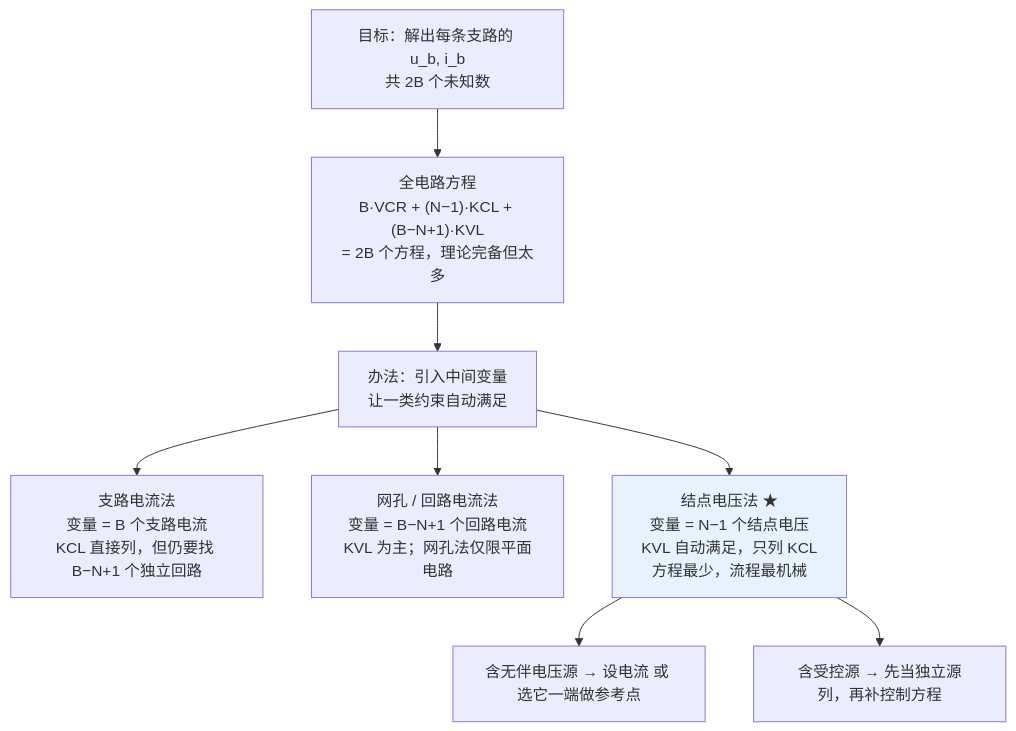
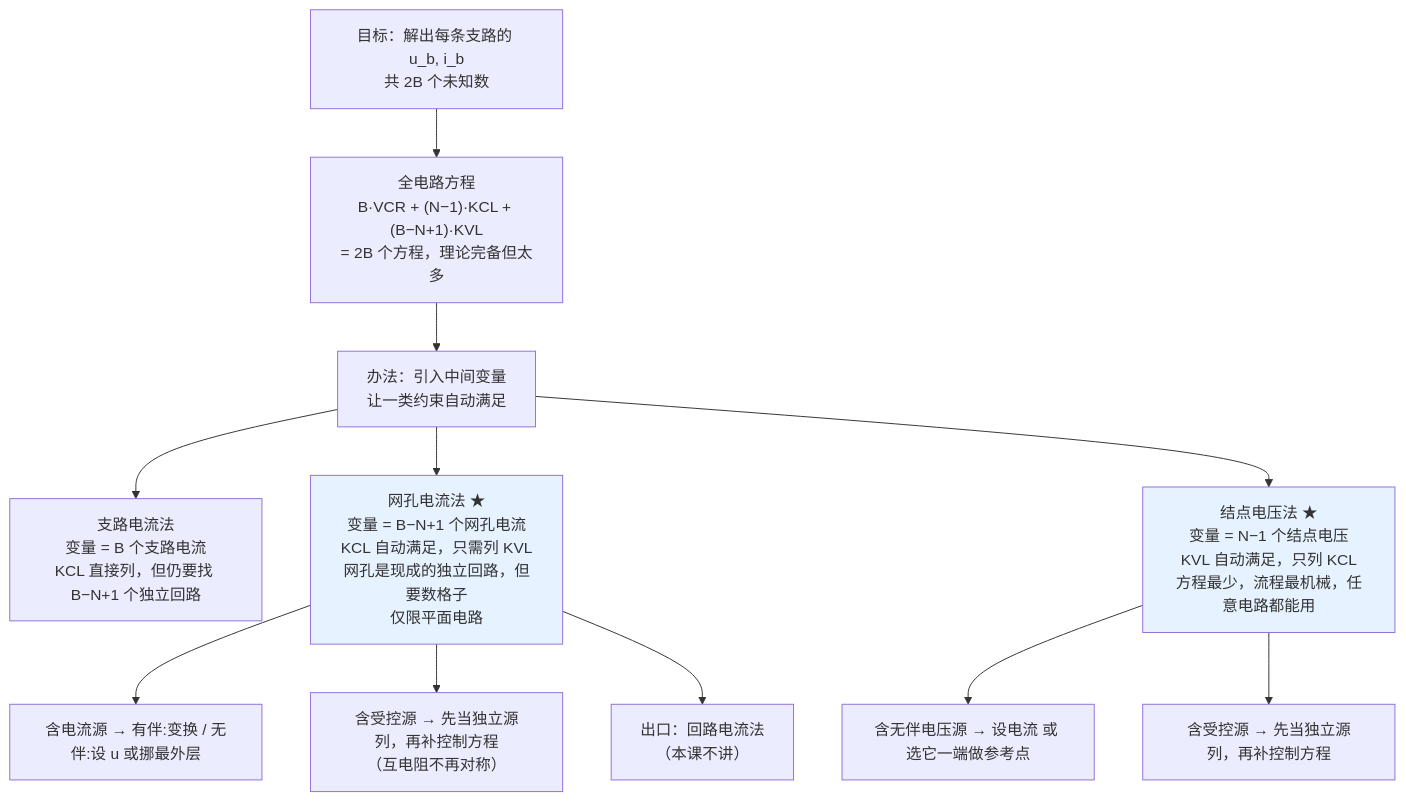
Before and after one commit to KayeAdams515/ClaudeNotes: the diagram in 电路基础/C3.3 电阻网络的系统分析.md, drawn with Mermaid. The commit also changed other lines of this file and 352 other files, not shown here.

````diff
--- a/电路基础/C3.3 电阻网络的系统分析.md
+++ b/电路基础/C3.3 电阻网络的系统分析.md
@@ -20,11 +23,15 @@
 ```mermaid
 graph TD
     A["目标：解出每条支路的 u_b, i_b<br/>共 2B 个未知数"] --> B["全电路方程<br/>B·VCR + (N−1)·KCL + (B−N+1)·KVL<br/>= 2B 个方程，理论完备但太多"]
     B --> C["办法：引入中间变量<br/>让一类约束自动满足"]
     C --> D["支路电流法<br/>变量 = B 个支路电流<br/>KCL 直接列，但仍要找 B−N+1 个独立回路"]
-    C --> E["网孔 / 回路电流法<br/>变量 = B−N+1 个回路电流<br/>KVL 为主；网孔法仅限平面电路"]
-    C --> F["结点电压法 ★<br/>变量 = N−1 个结点电压<br/>KVL 自动满足，只列 KCL<br/>方程最少，流程最机械"]
+    C --> E["网孔电流法 ★<br/>变量 = B−N+1 个网孔电流<br/>KCL 自动满足，只需列 KVL<br/>网孔是现成的独立回路，但要数格子<br/>仅限平面电路"]
+    C --> F["结点电压法 ★<br/>变量 = N−1 个结点电压<br/>KVL 自动满足，只列 KCL<br/>方程最少，流程最机械，任意电路都能用"]
+    E --> E1["含电流源 → 有伴:变换 / 无伴:设 u 或挪最外层"]
+    E --> E2["含受控源 → 先当独立源列，再补控制方程<br/>（互电阻不再对称）"]
     F --> F1["含无伴电压源 → 设电流 或 选它一端做参考点"]
     F --> F2["含受控源 → 先当独立源列，再补控制方程"]
+    E --> G["出口：回路电流法<br/>（本课不讲）"]
+    style E fill:#e6f2ff
     style F fill:#e6f2ff
 ```
````
